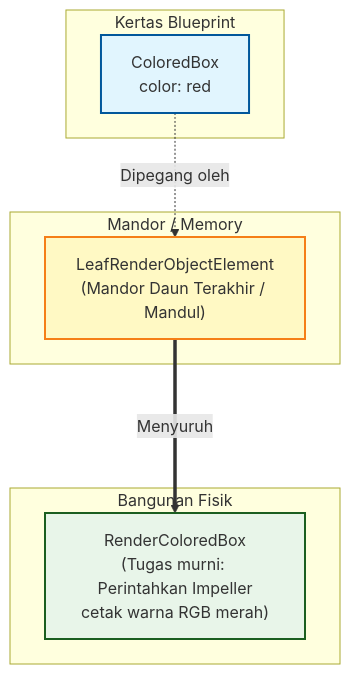
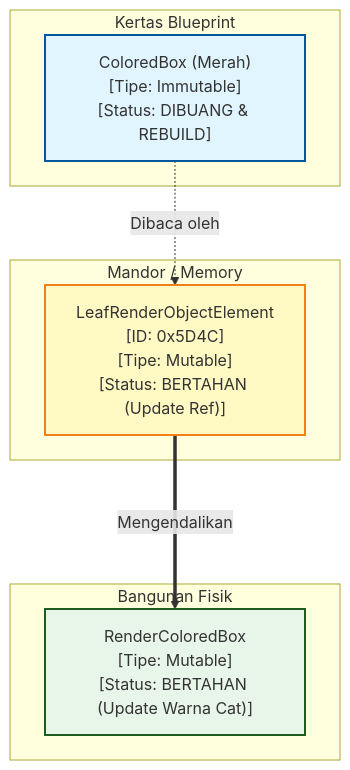
The fifth of 5 diagrams in belajar/master_widget_tree_anatomy.md (nunutech40/SuperViews), drawn with Mermaid before and after one commit. The commit also changed other lines of this file, not shown here.

Commit message:
docs: add data types and state lifecycle status to taxonomy anatomy diagrams

````diff
--- a/belajar/master_widget_tree_anatomy.md
+++ b/belajar/master_widget_tree_anatomy.md
@@ -222,24 +222,24 @@
 ```mermaid
 graph TD
     classDef widget fill:#e1f5fe,stroke:#01579b,stroke-width:2px;
     classDef element fill:#fff9c4,stroke:#f57f17,stroke-width:2px;
     classDef render fill:#e8f5e9,stroke:#1b5e20,stroke-width:2px;
 
     %% WIDGET TREE
     subgraph WIDGET_TREE [Kertas Blueprint]
-        W1["ColoredBox<br>color: red"]:::widget
+        W1["ColoredBox (Merah)<br>[Tipe: Immutable]<br>[Status: DIBUANG & REBUILD]"]:::widget
     end
 
     %% ELEMENT TREE
     subgraph ELEMENT_TREE [Mandor / Memory]
-        E1["LeafRenderObjectElement<br>(Mandor Daun Terakhir / Mandul)"]:::element
+        E1["LeafRenderObjectElement<br>[ID: 0x5D4C]<br>[Tipe: Mutable]<br>[Status: BERTAHAN (Update Ref)]"]:::element
     end
 
     %% RENDER OBJECT TREE
     subgraph RENDEROBJECT_TREE [Bangunan Fisik]
-        R1["RenderColoredBox<br>(Tugas murni: Perintahkan Impeller<br>cetak warna RGB merah)"]:::render
+        R1["RenderColoredBox<br>[Tipe: Mutable]<br>[Status: BERTAHAN (Update Warna Cat)]"]:::render
     end
 
-    W1 -.->|"Dipegang oleh"| E1
-    E1 ===>|"Menyuruh"| R1
+    W1 -.->|"Dibaca oleh"| E1
+    E1 ===>|"Mengendalikan"| R1
 ```
````
